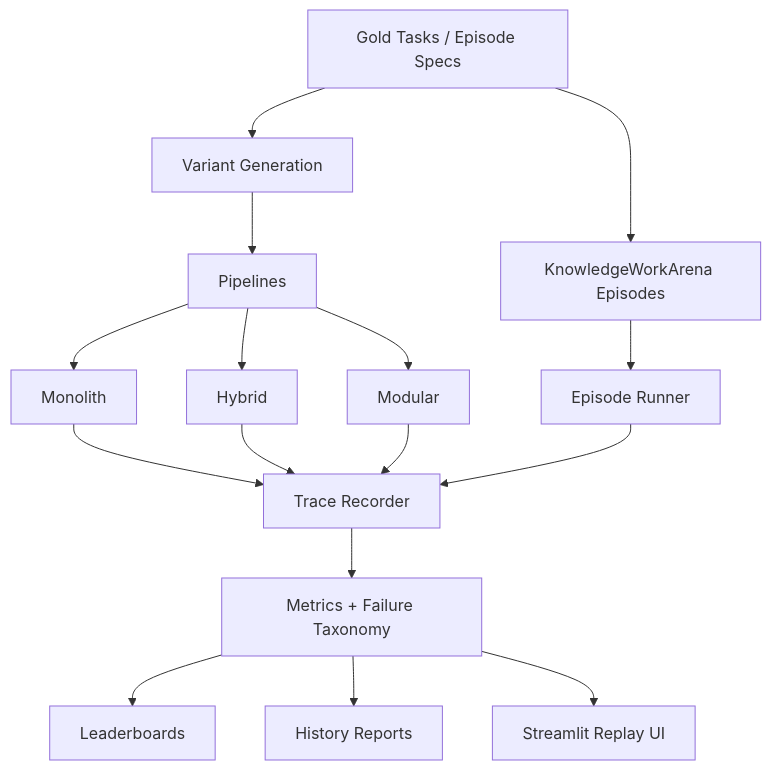
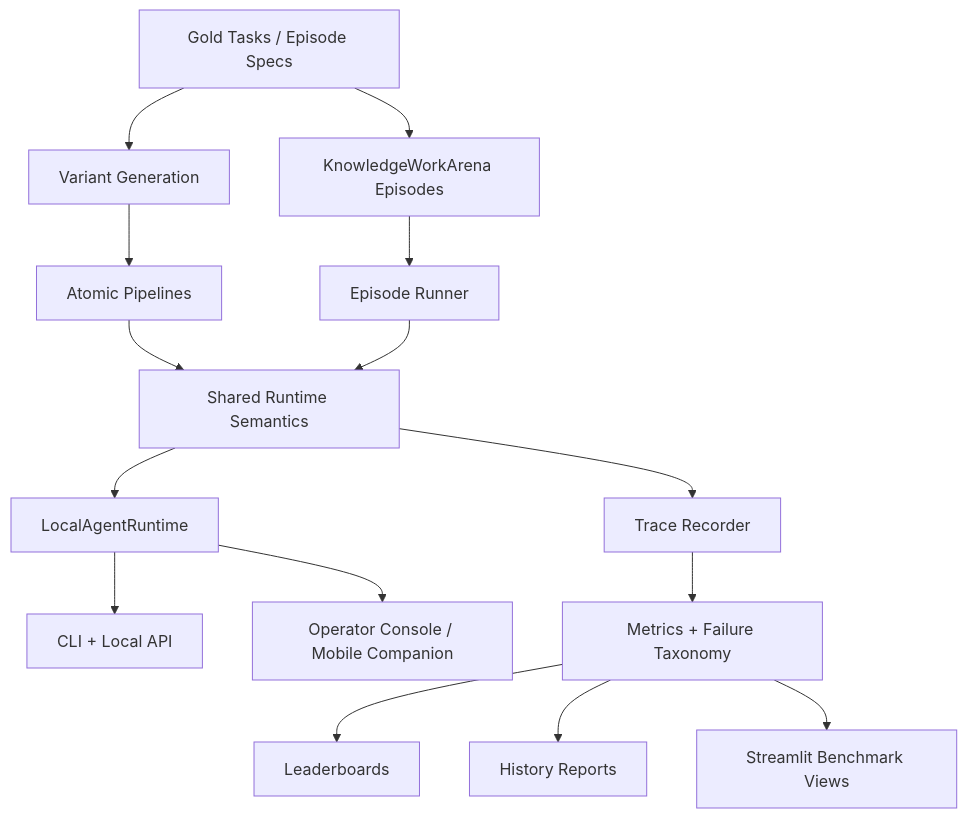
The first of 3 diagrams in README.md (CheickDiakite-yikes/gemma4-capability-map), drawn with Mermaid before and after one commit. The commit also changed other lines of this file and 56 other files, not shown here.

Commit message:
Add shared local runtime and product surfaces

````diff
--- a/README.md
+++ b/README.md
@@ -72,18 +169,17 @@
 ```mermaid
 flowchart TD
     A["Gold Tasks / Episode Specs"] --> B["Variant Generation"]
     A --> C["KnowledgeWorkArena Episodes"]
-    B --> D["Pipelines"]
+    B --> D["Atomic Pipelines"]
     C --> E["Episode Runner"]
-    D --> F["Monolith"]
-    D --> G["Hybrid"]
-    D --> H["Modular"]
-    F --> I["Trace Recorder"]
-    G --> I
-    H --> I
-    E --> I
-    I --> J["Metrics + Failure Taxonomy"]
-    J --> K["Leaderboards"]
-    J --> L["History Reports"]
-    J --> M["Streamlit Replay UI"]
+    D --> F["Shared Runtime Semantics"]
+    E --> F
+    F --> G["LocalAgentRuntime"]
+    G --> H["CLI + Local API"]
+    G --> I["Operator Console / Mobile Companion"]
+    F --> J["Trace Recorder"]
+    J --> K["Metrics + Failure Taxonomy"]
+    K --> L["Leaderboards"]
+    K --> M["History Reports"]
+    K --> N["Streamlit Benchmark Views"]
 ```
````
